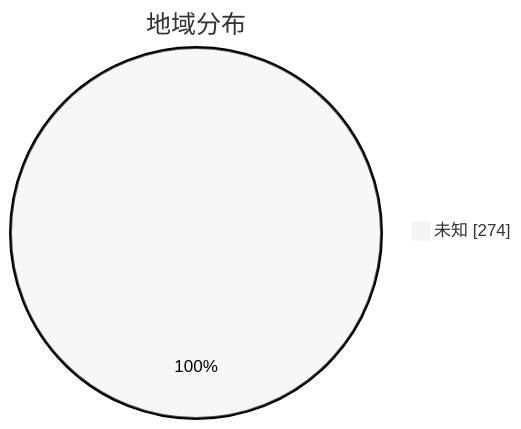
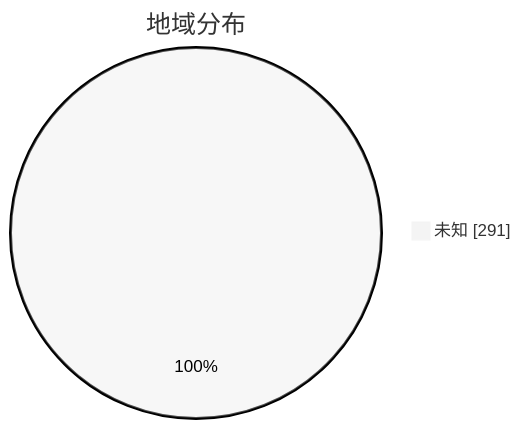
The second of 3 diagrams in subs/statistics/tested_within.md (qjlxg/airport), drawn with Mermaid (neutral theme) before and after one commit. The commit also changed other lines of this file and 2 other files, not shown here.

````diff
--- a/subs/statistics/tested_within.md
+++ b/subs/statistics/tested_within.md
@@ -13,5 +13,5 @@
 ```mermaid
 pie showData
 title 地域分布
-"未知" : 274
+"未知" : 291
 ```
````
